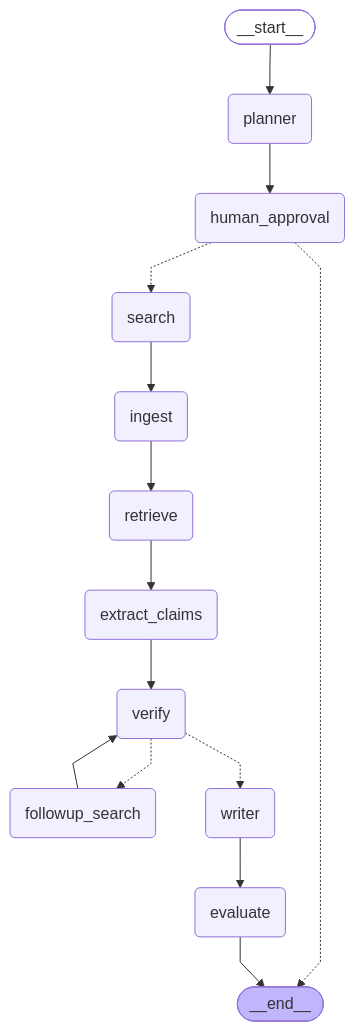
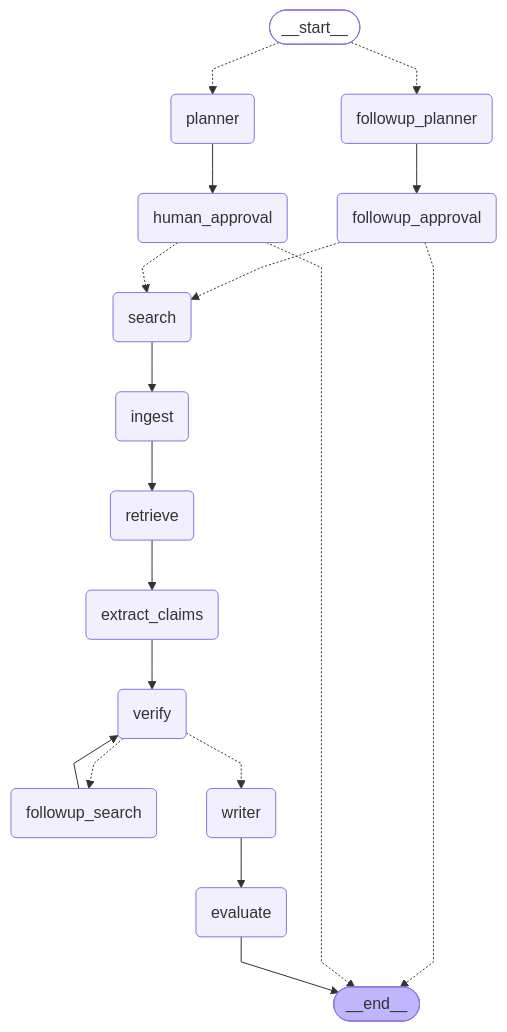
The diagram in docs/graph.mmd (SiddYal/research-agent), drawn with Mermaid before and after one commit. The commit also changed 16 other files, not shown here.

```diff
--- a/docs/graph.mmd
+++ b/docs/graph.mmd
@@ -1,34 +1,40 @@
 ---
 config:
   flowchart:
     curve: linear
 ---
 graph TD;
 	__start__([<p>__start__</p>]):::first
 	planner(planner)
 	human_approval(human_approval)
 	search(search)
 	ingest(ingest)
 	retrieve(retrieve)
 	extract_claims(extract_claims)
 	verify(verify)
 	followup_search(followup_search)
 	writer(writer)
 	evaluate(evaluate)
+	followup_planner(followup_planner)
+	followup_approval(followup_approval)
 	__end__([<p>__end__</p>]):::last
-	__start__ --> planner;
+	__start__ -.-> followup_planner;
+	__start__ -.-> planner;
 	extract_claims --> verify;
+	followup_approval -.-> __end__;
+	followup_approval -.-> search;
+	followup_planner --> followup_approval;
 	followup_search --> verify;
 	human_approval -.-> __end__;
 	human_approval -.-> search;
 	ingest --> retrieve;
 	planner --> human_approval;
 	retrieve --> extract_claims;
 	search --> ingest;
 	verify -.-> followup_search;
 	verify -.-> writer;
 	writer --> evaluate;
 	evaluate --> __end__;
 	classDef default fill:#f2f0ff,line-height:1.2
 	classDef first fill-opacity:0
 	classDef last fill:#bfb6fc
```
